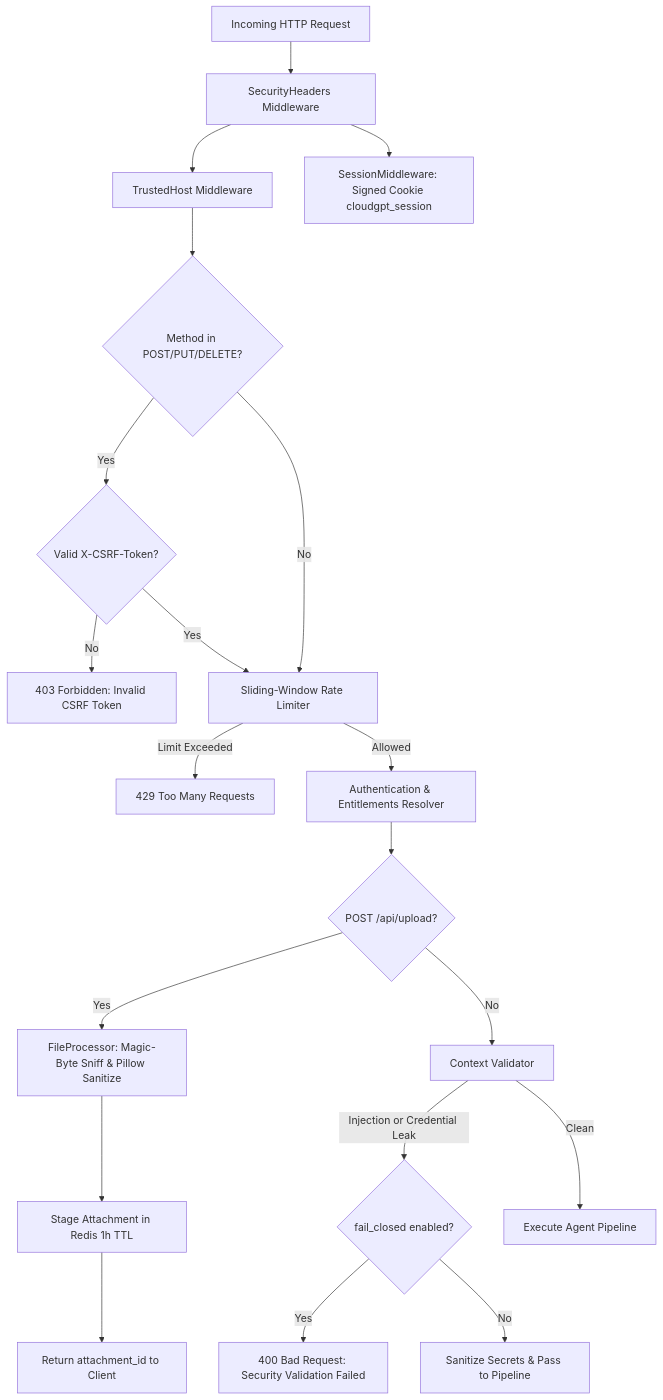
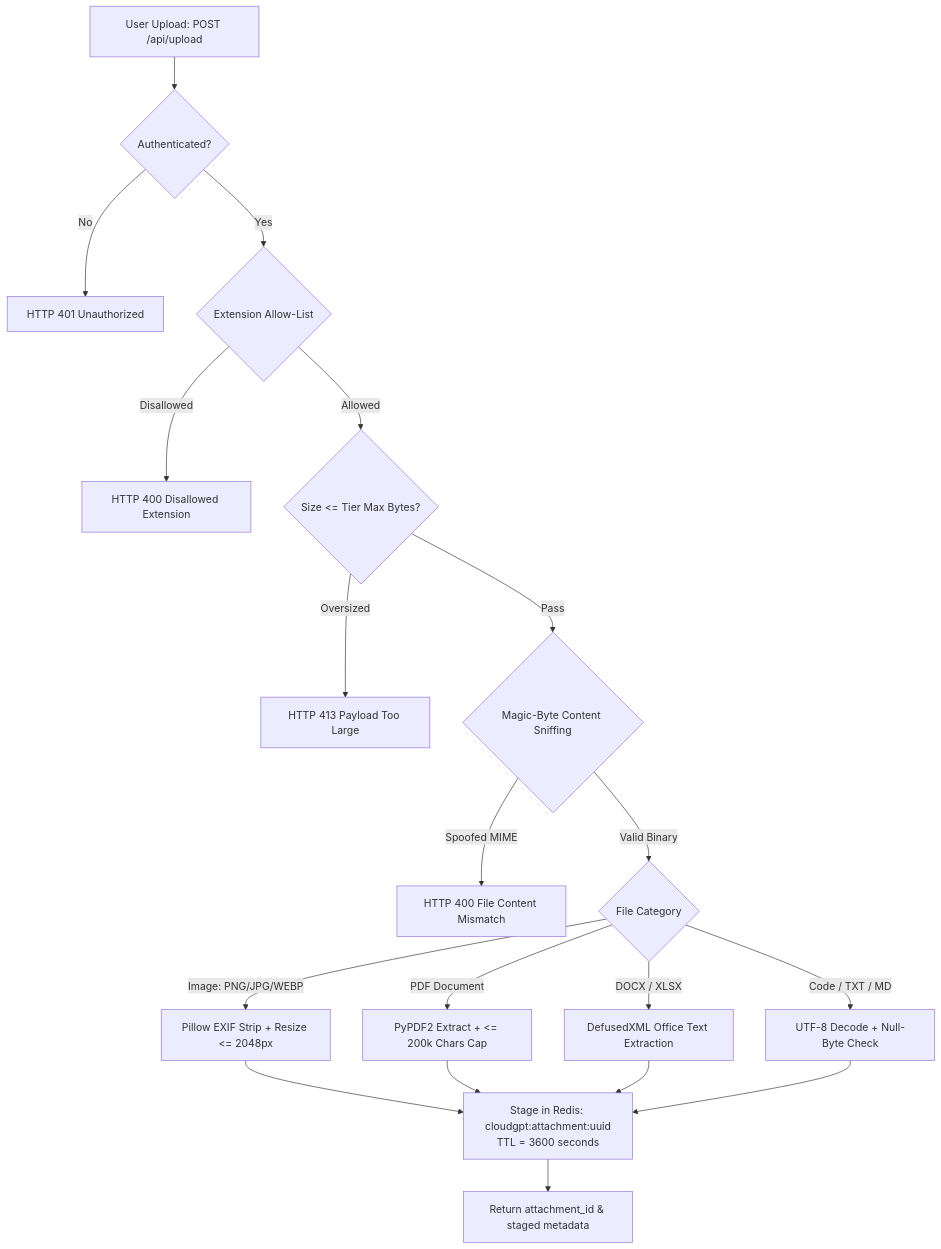
One commit to Fazil29IND/CloudGPT changed the eighth of 9 diagrams in docs/system-architecture.md. Above: the diagram before and after it, drawn with Mermaid. The commit also changed other lines of this file and 18 other files, not shown here.

````diff
--- a/docs/system-architecture.md
+++ b/docs/system-architecture.md
@@ -359,22 +383,23 @@
 ```mermaid
-flowchart TD
-    Req[Incoming HTTP Request] --> SecHeaders[SecurityHeaders Middleware]
-    SecHeaders --> TrustedHosts[TrustedHost Middleware]
-    SecHeaders --> SessionMW[SessionMiddleware: Signed Cookie cloudgpt_session]
-    TrustedHosts --> CSRF{Method in POST/PUT/DELETE?}
-    CSRF -- Yes --> TokenCheck{Valid X-CSRF-Token?}
-    TokenCheck -- No --> RejectCSRF[403 Forbidden: Invalid CSRF Token]
-    TokenCheck -- Yes --> RateLim[Sliding-Window Rate Limiter]
-    CSRF -- No --> RateLim
-    RateLim -- Limit Exceeded --> RejectRate[429 Too Many Requests]
-    RateLim -- Allowed --> Auth[Authentication & Entitlements Resolver]
-    Auth --> UploadBranch{POST /api/upload?}
-    UploadBranch -- Yes --> FileProc[FileProcessor: Magic-Byte Sniff & Pillow Sanitize]
-    FileProc --> StageRedis[Stage Attachment in Redis 1h TTL]
-    StageRedis --> RetAttachmentID[Return attachment_id to Client]
-    UploadBranch -- No --> CtxVal[Context Validator]
-    CtxVal -- Injection or Credential Leak --> FailAction{fail_closed enabled?}
-    FailAction -- Yes --> RejectVal[400 Bad Request: Security Validation Failed]
-    FailAction -- No --> CleanPass[Sanitize Secrets & Pass to Pipeline]
-    CtxVal -- Clean --> Pipeline[Execute Agent Pipeline]
+graph TD
+    Upload[User Upload: POST /api/upload] --> AuthCheck{Authenticated?}
+    AuthCheck -->|No| HTTP401[HTTP 401 Unauthorized]
+    AuthCheck -->|Yes| ExtensionCheck{Extension Allow-List}
+    
+    ExtensionCheck -->|Disallowed| HTTP400[HTTP 400 Disallowed Extension]
+    ExtensionCheck -->|Allowed| SizeCheck{Size <= Tier Max Bytes?}
+    
+    SizeCheck -->|Oversized| HTTP413[HTTP 413 Payload Too Large]
+    SizeCheck -->|Pass| MagicSniff{Magic-Byte Content Sniffing}
+    
+    MagicSniff -->|Spoofed MIME| HTTP400B[HTTP 400 File Content Mismatch]
+    MagicSniff -->|Valid Binary| FileTypeSwitch{File Category}
+    
+    FileTypeSwitch -->|Image: PNG/JPG/WEBP| PillowSanitize[Pillow EXIF Strip + Resize <= 2048px]
+    FileTypeSwitch -->|PDF Document| PyPDFExtract[PyPDF2 Extract + <= 200k Chars Cap]
+    FileTypeSwitch -->|DOCX / XLSX| XMLSafeExtract[DefusedXML Office Text Extraction]
+    FileTypeSwitch -->|Code / TXT / MD| UTF8Decode[UTF-8 Decode + Null-Byte Check]
+    
+    PillowSanitize & PyPDFExtract & XMLSafeExtract & UTF8Decode --> RedisStage[Stage in Redis: cloudgpt:attachment:uuid<br/>TTL = 3600 seconds]
+    RedisStage --> ReturnMeta[Return attachment_id & staged metadata]
 ```
````
